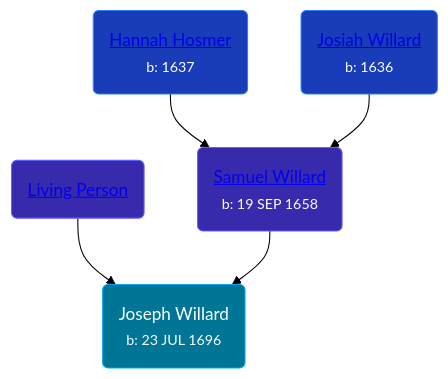
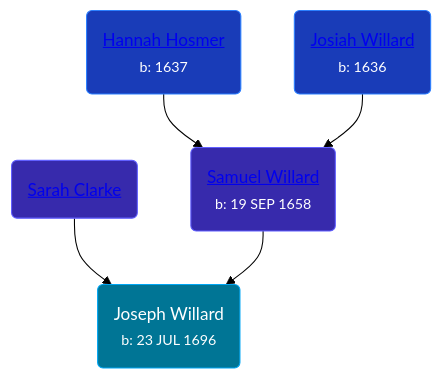
Before and after one commit to wpmgotkh/wpmgotkh.github.io: the diagram in pages/people/2/22076724.md, drawn with Mermaid (forest theme). The commit also changed other lines of this file and 586 other files, not shown here.

Commit message:
feat: better shouldConsiderPersonLiving algo

````diff
--- a/pages/people/2/22076724.md
+++ b/pages/people/2/22076724.md
@@ -11,11 +11,11 @@
 ```mermaid
 graph
 classDef grands fill:#193cb8,stroke:#2b7fff,stroke-width:1px,color:#fff;
 classDef parents fill:#372aac,stroke:#615fff,stroke-width:1px,color:#fff;
 classDef primary fill:#007595,stroke:#00a6f4,stroke-width:1px,color:#fff;
 22076724(Joseph Willard<br /><small>b: 23 JUL 1696</small>):::primary
-93595493(<a class="text-white" href="/people/9/93595493">Living Person</a>):::parents-->22076724
+93595493(<a class="text-white" href="/people/9/93595493">Sarah Clarke</a>):::parents-->22076724
 55389376(<a class="text-white" href="/people/5/55389376">Samuel Willard</a><br /><small>b: 19 SEP 1658</small>):::parents-->22076724
 74814464(<a class="text-white" href="/people/7/74814464">Hannah Hosmer</a><br /><small>b: 1637</small>):::grands-->55389376
 55775674(<a class="text-white" href="/people/5/55775674">Josiah Willard</a><br /><small>b: 1636</small>):::grands-->55389376
 ```
````
